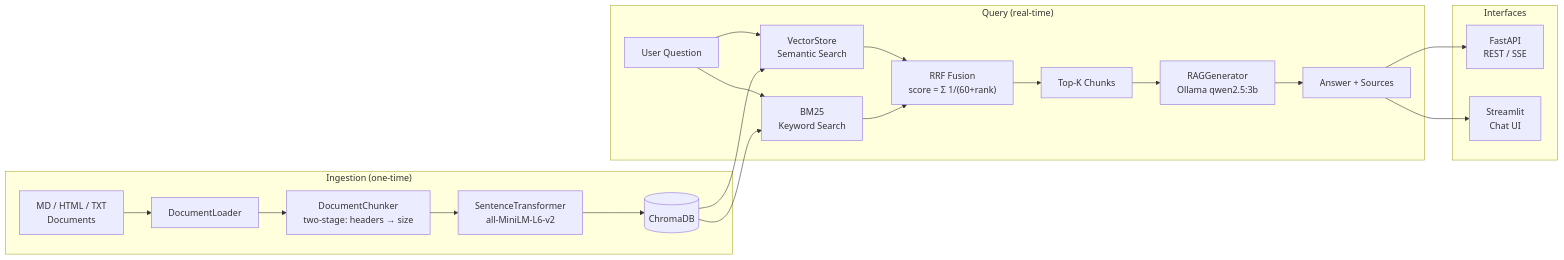
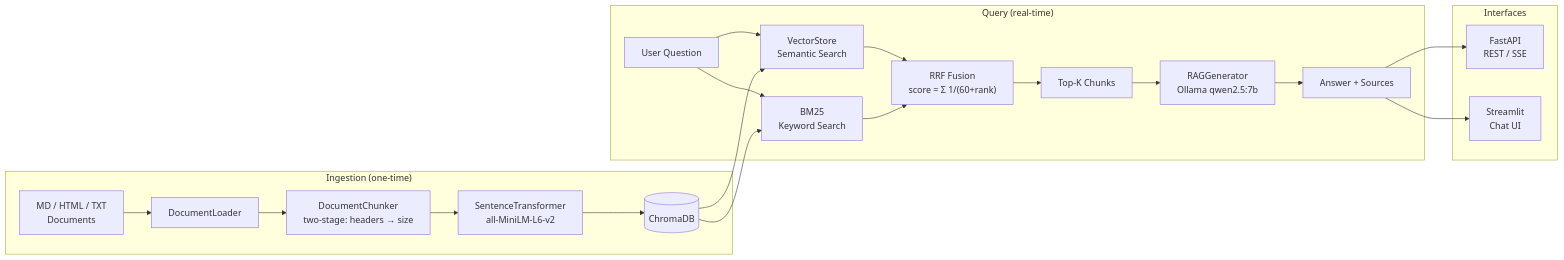
Before and after one commit to GuddXzy/rag-from-scratch: the second of 2 diagrams in README.md, drawn with Mermaid. The commit also changed other lines of this file and 7 other files, not shown here.

````diff
--- a/README.md
+++ b/README.md
@@ -285,27 +285,27 @@
 ```mermaid
 flowchart LR
     subgraph Ingestion["Ingestion (one-time)"]
         A["MD / HTML / TXT\nDocuments"] --> B[DocumentLoader]
         B --> C["DocumentChunker\ntwo-stage: headers → size"]
         C --> D["SentenceTransformer\nall-MiniLM-L6-v2"]
         D --> E[(ChromaDB)]
     end
 
     subgraph Query["Query (real-time)"]
         F[User Question] --> G["VectorStore\nSemantic Search"]
         F --> H["BM25\nKeyword Search"]
         G --> I["RRF Fusion\nscore = Σ 1/(60+rank)"]
         H --> I
         I --> J[Top-K Chunks]
-        J --> K["RAGGenerator\nOllama qwen2.5:3b"]
+        J --> K["RAGGenerator\nOllama qwen2.5:7b"]
         K --> L[Answer + Sources]
     end
 
     subgraph Interfaces
         L --> M["FastAPI\nREST / SSE"]
         L --> N["Streamlit\nChat UI"]
     end
 
     E --> G
     E --> H
 ```
````
